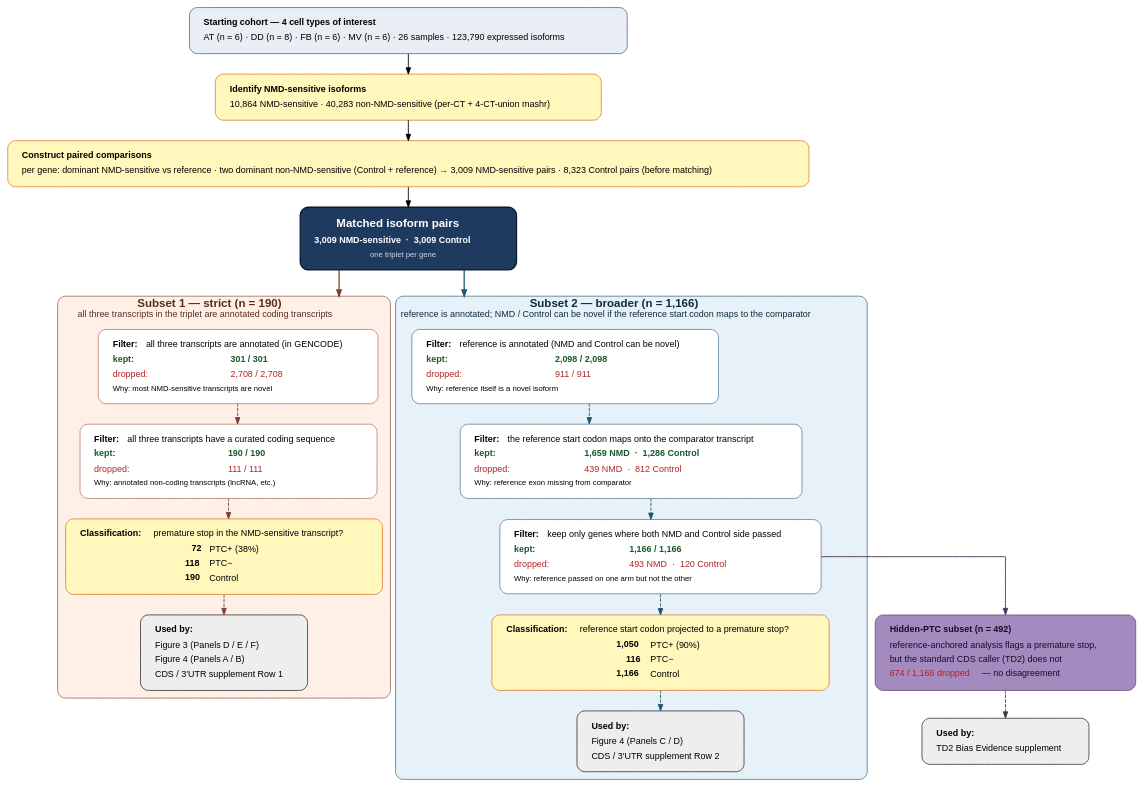
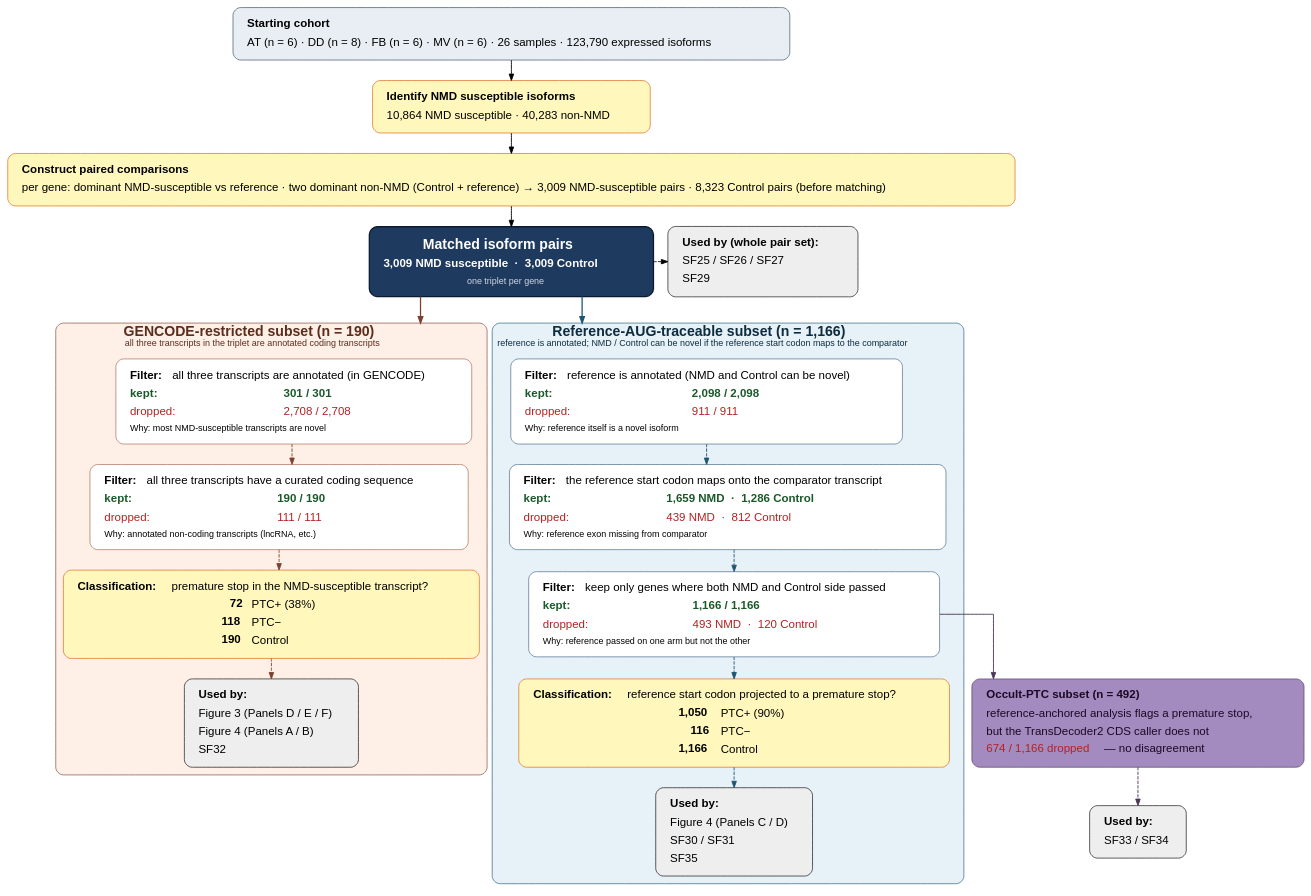
The diagram in figures/SupplementalFigures/SF28_PairAnalysisFlowchart/figure_s_pair_analysis_flowchart.dot (peter4244/nmd_isopair_analysis), drawn with Graphviz before and after one commit. The commit also changed 24 other files, not shown here.

First line of the commit message:
SF30/31 TD2-bias fix + SF28 flowchart refresh; sync SF24-42 legends verbatim to PJC edits

```diff
--- a/figures/SupplementalFigures/SF28_PairAnalysisFlowchart/figure_s_pair_analysis_flowchart.dot
+++ b/figures/SupplementalFigures/SF28_PairAnalysisFlowchart/figure_s_pair_analysis_flowchart.dot
@@ -3,22 +3,22 @@
   graph [rankdir=TB, fontname="Helvetica", nodesep=0.30, ranksep=0.45,
          splines=ortho, compound=true]
   node  [shape=box, style="rounded,filled", fontname="Helvetica",
-         fontsize=14, margin="0.25,0.18"]
+         fontsize=18, margin="0.25,0.18"]
   edge  [color="#666", penwidth=1.4, fontname="Helvetica",
-         fontsize=12, fontcolor="#444"]
+         fontsize=14, fontcolor="#444"]
 
   // ─── Starting cohort + upstream classification + pair construction
-  U1 [label=<<TABLE BORDER="0" CELLBORDER="0" CELLSPACING="0" CELLPADDING="4"><TR><TD ALIGN="LEFT"><B>Starting cohort — 4 cell types of interest</B></TD></TR><TR><TD ALIGN="LEFT">AT (n = 6) · DD (n = 8) · FB (n = 6) · MV (n = 6) · 26 samples · 123,790 expressed isoforms</TD></TR></TABLE>>, fillcolor="#e8eef4", color="#2f4858"]
-  U2 [label=<<TABLE BORDER="0" CELLBORDER="0" CELLSPACING="0" CELLPADDING="4"><TR><TD ALIGN="LEFT"><B>Identify NMD-sensitive isoforms</B></TD></TR><TR><TD ALIGN="LEFT">10,864 NMD-sensitive · 40,283 non-NMD-sensitive (per-CT + 4-CT-union mashr)</TD></TR></TABLE>>, fillcolor="#fff7bc", color="#d95f0e"]
-  U3 [label=<<TABLE BORDER="0" CELLBORDER="0" CELLSPACING="0" CELLPADDING="4"><TR><TD ALIGN="LEFT"><B>Construct paired comparisons</B></TD></TR><TR><TD ALIGN="LEFT">per gene: dominant NMD-sensitive vs reference · two dominant non-NMD-sensitive (Control + reference) → 3,009 NMD-sensitive pairs · 8,323 Control pairs (before matching)</TD></TR></TABLE>>, fillcolor="#fff7bc", color="#d95f0e"]
+  U1 [label=<<TABLE BORDER="0" CELLBORDER="0" CELLSPACING="0" CELLPADDING="4"><TR><TD ALIGN="LEFT"><B>Starting cohort</B></TD></TR><TR><TD ALIGN="LEFT">AT (n = 6) · DD (n = 8) · FB (n = 6) · MV (n = 6) · 26 samples · 123,790 expressed isoforms</TD></TR></TABLE>>, fillcolor="#e8eef4", color="#2f4858"]
+  U2 [label=<<TABLE BORDER="0" CELLBORDER="0" CELLSPACING="0" CELLPADDING="4"><TR><TD ALIGN="LEFT"><B>Identify NMD susceptible isoforms</B></TD></TR><TR><TD ALIGN="LEFT">10,864 NMD susceptible · 40,283 non-NMD</TD></TR></TABLE>>, fillcolor="#fff7bc", color="#d95f0e"]
+  U3 [label=<<TABLE BORDER="0" CELLBORDER="0" CELLSPACING="0" CELLPADDING="4"><TR><TD ALIGN="LEFT"><B>Construct paired comparisons</B></TD></TR><TR><TD ALIGN="LEFT">per gene: dominant NMD-susceptible vs reference · two dominant non-NMD (Control + reference) → 3,009 NMD-susceptible pairs · 8,323 Control pairs (before matching)</TD></TR></TABLE>>, fillcolor="#fff7bc", color="#d95f0e"]
 
   U1 -> U2 -> U3
 
   // ─── Hub: matched isoform pairs ──────────────────────────────────
   HUB [label=<<TABLE BORDER="0" CELLBORDER="0" CELLSPACING="0" CELLPADDING="4">
-                <TR><TD ALIGN="CENTER"><FONT COLOR="white" POINT-SIZE="18"><B>Matched isoform pairs</B></FONT></TD></TR>
-                <TR><TD ALIGN="CENTER"><FONT COLOR="white"><B>3,009 NMD-sensitive  ·  3,009 Control</B></FONT></TD></TR>
-                <TR><TD ALIGN="CENTER"><FONT COLOR="#cfd8e2" POINT-SIZE="12">one triplet per gene</FONT></TD></TR>
+                <TR><TD ALIGN="CENTER"><FONT COLOR="white" POINT-SIZE="22"><B>Matched isoform pairs</B></FONT></TD></TR>
+                <TR><TD ALIGN="CENTER"><FONT COLOR="white"><B>3,009 NMD susceptible  ·  3,009 Control</B></FONT></TD></TR>
+                <TR><TD ALIGN="CENTER"><FONT COLOR="#cfd8e2" POINT-SIZE="14">one triplet per gene</FONT></TD></TR>
               </TABLE>>,
        fillcolor="#1f3a5f", color="#0a1a30", penwidth=2.0]
 
@@ -26,7 +26,7 @@
 
   // ─── Subset 1 cluster (left) ─────────────────────────────────────
   subgraph cluster_S1 {
-    label = <<FONT POINT-SIZE="18"><B>Subset 1 — strict (n = 190)</B></FONT><BR/>all three transcripts in the triplet are annotated coding transcripts>
+    label = <<FONT POINT-SIZE="22"><B>GENCODE-restricted subset (n = 190)</B></FONT><BR/>all three transcripts in the triplet are annotated coding transcripts>
     labelloc = "t"
     style = "rounded,filled"
     fillcolor = "#fef0e6"
@@ -45,7 +45,7 @@
          <TD ALIGN="LEFT"><FONT COLOR="#b22222">2,708 / 2,708</FONT></TD>
        </TR>
        <TR>
-         <TD ALIGN="LEFT" COLSPAN="2"><FONT POINT-SIZE="12" COLOR="#444">Why: most NMD-sensitive transcripts are novel</FONT></TD>
+         <TD ALIGN="LEFT" COLSPAN="2"><FONT POINT-SIZE="14" COLOR="#444">Why: most NMD-susceptible transcripts are novel</FONT></TD>
        </TR>
      </TABLE>>, fillcolor="white", color="#a2604a"]
     S1_F2 [label=<<TABLE BORDER="0" CELLBORDER="0" CELLSPACING="0" CELLPADDING="4">
@@ -59,12 +59,12 @@
          <TD ALIGN="LEFT"><FONT COLOR="#b22222">111 / 111</FONT></TD>
        </TR>
        <TR>
-         <TD ALIGN="LEFT" COLSPAN="2"><FONT POINT-SIZE="12" COLOR="#444">Why: annotated non-coding transcripts (lncRNA, etc.)</FONT></TD>
+         <TD ALIGN="LEFT" COLSPAN="2"><FONT POINT-SIZE="14" COLOR="#444">Why: annotated non-coding transcripts (lncRNA, etc.)</FONT></TD>
        </TR>
      </TABLE>>, fillcolor="white", color="#a2604a"]
 
     S1_GROUPS [label=<<TABLE BORDER="0" CELLBORDER="0" CELLSPACING="0" CELLPADDING="4">
-                       <TR><TD ALIGN="LEFT" COLSPAN="2"><B>Classification:</B>&nbsp;premature stop in the NMD-sensitive transcript?</TD></TR>
+                       <TR><TD ALIGN="LEFT" COLSPAN="2"><B>Classification:</B>&nbsp;premature stop in the NMD-susceptible transcript?</TD></TR>
                        <TR><TD ALIGN="RIGHT"><B>72</B></TD><TD ALIGN="LEFT">PTC+ (38%)</TD></TR>
                        <TR><TD ALIGN="RIGHT"><B>118</B></TD><TD ALIGN="LEFT">PTC−</TD></TR>
                        <TR><TD ALIGN="RIGHT"><B>190</B></TD><TD ALIGN="LEFT">Control</TD></TR>
@@ -75,7 +75,7 @@
                      <TR><TD ALIGN="LEFT"><B>Used by:</B></TD></TR>
                      <TR><TD ALIGN="LEFT">Figure 3 (Panels D / E / F)</TD></TR>
                      <TR><TD ALIGN="LEFT">Figure 4 (Panels A / B)</TD></TR>
-                     <TR><TD ALIGN="LEFT">CDS / 3′UTR supplement Row 1</TD></TR>
+                     <TR><TD ALIGN="LEFT">SF32</TD></TR>
                    </TABLE>>,
              fillcolor="#eeeeee", color="#666"]
 
@@ -84,7 +84,7 @@
 
   // ─── Subset 2 cluster (right) ────────────────────────────────────
   subgraph cluster_S2 {
-    label = <<FONT POINT-SIZE="18"><B>Subset 2 — broader (n = 1,166)</B></FONT><BR/>reference is annotated; NMD / Control can be novel if the reference start codon maps to the comparator>
+    label = <<FONT POINT-SIZE="22"><B>Reference-AUG-traceable subset (n = 1,166)</B></FONT><BR/>reference is annotated; NMD / Control can be novel if the reference start codon maps to the comparator>
     labelloc = "t"
     style = "rounded,filled"
     fillcolor = "#e6f1f8"
@@ -103,7 +103,7 @@
          <TD ALIGN="LEFT"><FONT COLOR="#b22222">911 / 911</FONT></TD>
        </TR>
        <TR>
-         <TD ALIGN="LEFT" COLSPAN="2"><FONT POINT-SIZE="12" COLOR="#444">Why: reference itself is a novel isoform</FONT></TD>
+         <TD ALIGN="LEFT" COLSPAN="2"><FONT POINT-SIZE="14" COLOR="#444">Why: reference itself is a novel isoform</FONT></TD>
        </TR>
      </TABLE>>, fillcolor="white", color="#406080"]
     S2_F2 [label=<<TABLE BORDER="0" CELLBORDER="0" CELLSPACING="0" CELLPADDING="4">
@@ -117,7 +117,7 @@
          <TD ALIGN="LEFT"><FONT COLOR="#b22222">439 NMD  ·  812 Control</FONT></TD>
        </TR>
        <TR>
-         <TD ALIGN="LEFT" COLSPAN="2"><FONT POINT-SIZE="12" COLOR="#444">Why: reference exon missing from comparator</FONT></TD>
+         <TD ALIGN="LEFT" COLSPAN="2"><FONT POINT-SIZE="14" COLOR="#444">Why: reference exon missing from comparator</FONT></TD>
        </TR>
      </TABLE>>, fillcolor="white", color="#406080"]
     S2_F3 [label=<<TABLE BORDER="0" CELLBORDER="0" CELLSPACING="0" CELLPADDING="4">
@@ -131,7 +131,7 @@
          <TD ALIGN="LEFT"><FONT COLOR="#b22222">493 NMD  ·  120 Control</FONT></TD>
        </TR>
        <TR>
-         <TD ALIGN="LEFT" COLSPAN="2"><FONT POINT-SIZE="12" COLOR="#444">Why: reference passed on one arm but not the other</FONT></TD>
+         <TD ALIGN="LEFT" COLSPAN="2"><FONT POINT-SIZE="14" COLOR="#444">Why: reference passed on one arm but not the other</FONT></TD>
        </TR>
      </TABLE>>, fillcolor="white", color="#406080"]
 
@@ -146,7 +146,8 @@
     S2_CONS [label=<<TABLE BORDER="0" CELLBORDER="0" CELLSPACING="0" CELLPADDING="4">
                      <TR><TD ALIGN="LEFT"><B>Used by:</B></TD></TR>
                      <TR><TD ALIGN="LEFT">Figure 4 (Panels C / D)</TD></TR>
-                     <TR><TD ALIGN="LEFT">CDS / 3′UTR supplement Row 2</TD></TR>
+                     <TR><TD ALIGN="LEFT">SF30 / SF31</TD></TR>
+                     <TR><TD ALIGN="LEFT">SF35</TD></TR>
                    </TABLE>>,
              fillcolor="#eeeeee", color="#666"]
 
@@ -155,18 +156,26 @@
 
   // ─── Hidden-PTC sub-cascade ─────────────────────────────────────
   HPTC [label=<<TABLE BORDER="0" CELLBORDER="0" CELLSPACING="0" CELLPADDING="4">
-                <TR><TD ALIGN="LEFT"><B>Hidden-PTC subset (n = 492)</B></TD></TR>
+                <TR><TD ALIGN="LEFT"><B>Occult-PTC subset (n = 492)</B></TD></TR>
                 <TR><TD ALIGN="LEFT">reference-anchored analysis flags a premature stop,</TD></TR>
-                <TR><TD ALIGN="LEFT">but the standard CDS caller (TD2) does not</TD></TR>
+                <TR><TD ALIGN="LEFT">but the TransDecoder2 CDS caller does not</TD></TR>
                 <TR><TD ALIGN="LEFT"><FONT COLOR="#b22222">674 / 1,166 dropped</FONT> — no disagreement</TD></TR>
               </TABLE>>,
         fillcolor="#a48bbf", color="#4a3556", fontcolor="#1a0a25"]
 
   HPTC_CONS [label=<<TABLE BORDER="0" CELLBORDER="0" CELLSPACING="0" CELLPADDING="4">
                      <TR><TD ALIGN="LEFT"><B>Used by:</B></TD></TR>
-                     <TR><TD ALIGN="LEFT">TD2 Bias Evidence supplement</TD></TR>
+                     <TR><TD ALIGN="LEFT">SF33 / SF34</TD></TR>
                    </TABLE>>,
              fillcolor="#eeeeee", color="#666"]
+
+  // ─── Direct-from-hub consumers (whole pair set, no further narrowing) ─
+  HUB_CONS [label=<<TABLE BORDER="0" CELLBORDER="0" CELLSPACING="0" CELLPADDING="4">
+                    <TR><TD ALIGN="LEFT"><B>Used by (whole pair set):</B></TD></TR>
+                    <TR><TD ALIGN="LEFT">SF25 / SF26 / SF27</TD></TR>
+                    <TR><TD ALIGN="LEFT">SF29</TD></TR>
+                  </TABLE>>,
+            fillcolor="#eeeeee", color="#666"]
 
   // ─── Edges from hub into subset clusters and TD2 sub-cascade ─────
   // HUB → cluster arrows: no tailport specifier on either edge (mixed ports
@@ -177,6 +186,11 @@
   // figures/lib/validate_flowchart_dot.R.
   HUB -> S1_F1 [lhead=cluster_S1, color="#7d4030", penwidth=2.0, minlen=2]
   HUB -> S2_F1 [lhead=cluster_S2, color="#1f5570", penwidth=2.0, minlen=2]
+  // HUB_CONS placed to the RIGHT of HUB (same rank), not below — the
+  // whole-pair-set descriptive analyses are a sibling of the two subset
+  // narrowings, so a lateral placement reads more accurately.
+  HUB -> HUB_CONS [style=dashed, color="#555", constraint=false]
+  { rank = same; HUB; HUB_CONS }
 
   S2_F3 -> HPTC [color="#4a3556"]
   HPTC -> HPTC_CONS [style=dashed, color="#4a3556"]
```
